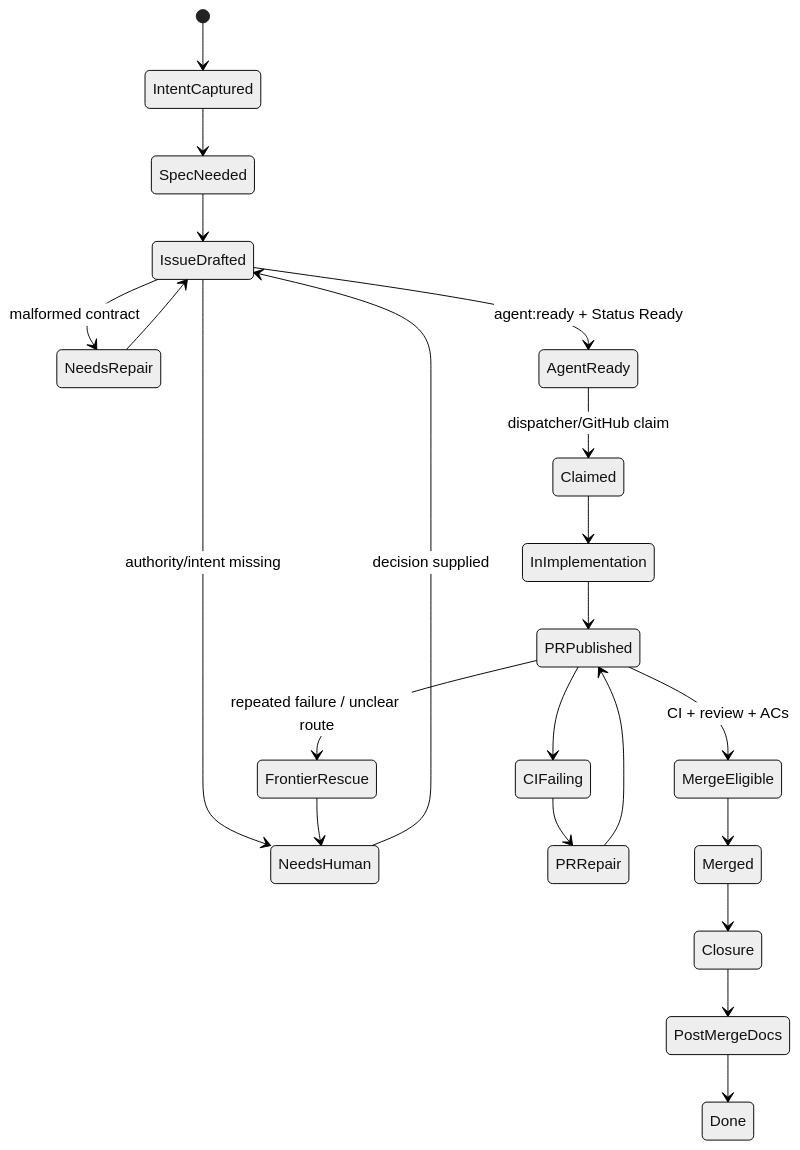
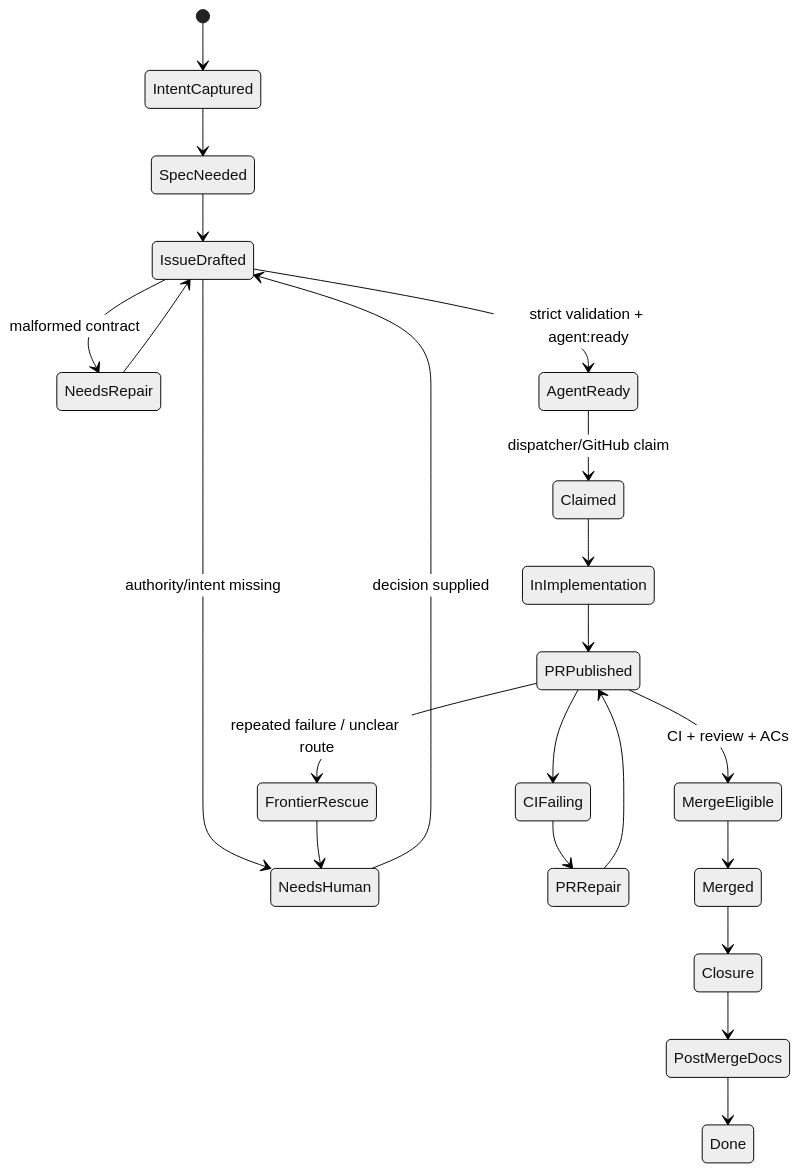
One commit to RasmusTho/agentic-pkm-mvp changed the third of 23 diagrams in docs/development/BUILDER_SYSTEM_PROCESS_MAP.md. Above: the diagram before and after it, drawn with Mermaid (neutral theme). The commit also changed other lines of this file and 20 other files, not shown here.

````diff
--- a/docs/development/BUILDER_SYSTEM_PROCESS_MAP.md
+++ b/docs/development/BUILDER_SYSTEM_PROCESS_MAP.md
@@ -236,24 +241,24 @@
 ```mermaid
 stateDiagram-v2
   [*] --> IntentCaptured
   IntentCaptured --> SpecNeeded
   SpecNeeded --> IssueDrafted
   IssueDrafted --> NeedsRepair: malformed contract
   NeedsRepair --> IssueDrafted
   IssueDrafted --> NeedsHuman: authority/intent missing
   NeedsHuman --> IssueDrafted: decision supplied
-  IssueDrafted --> AgentReady: agent:ready + Status Ready
+  IssueDrafted --> AgentReady: strict validation + agent:ready
   AgentReady --> Claimed: dispatcher/GitHub claim
   Claimed --> InImplementation
   InImplementation --> PRPublished
   PRPublished --> CIFailing
   CIFailing --> PRRepair
   PRRepair --> PRPublished
   PRPublished --> FrontierRescue: repeated failure / unclear route
   FrontierRescue --> NeedsHuman
   PRPublished --> MergeEligible: CI + review + ACs
   MergeEligible --> Merged
   Merged --> Closure
   Closure --> PostMergeDocs
   PostMergeDocs --> Done
 ```
````
